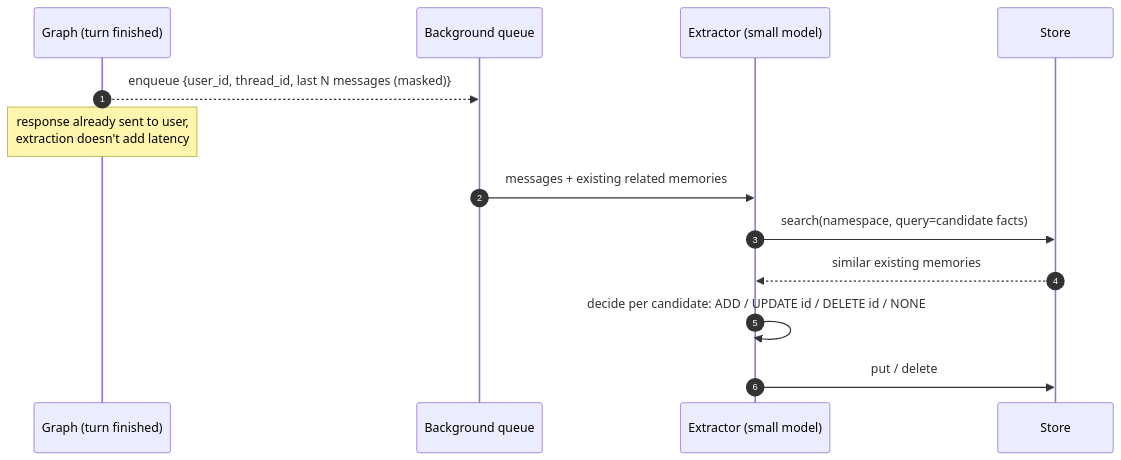
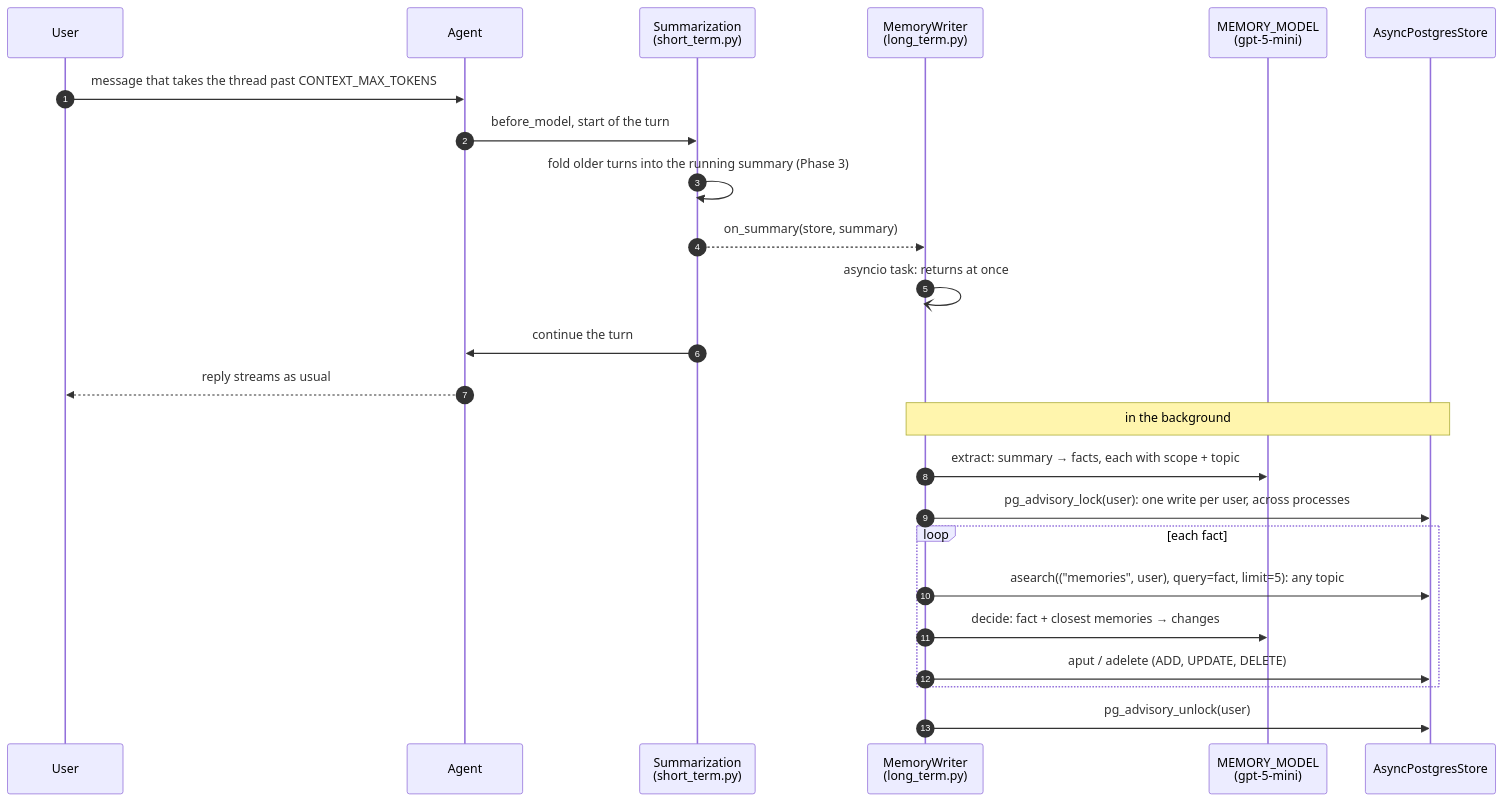
Before and after one commit to Anirudh1905/agentic-ai-chatbot: the first of 2 diagrams in docs/phase-6-long-term-memory.md, drawn with Mermaid. The commit also changed other lines of this file and 24 other files, not shown here.

````diff
--- a/docs/phase-6-long-term-memory.md
+++ b/docs/phase-6-long-term-memory.md
@@ -55,16 +22,27 @@
 ```mermaid
 sequenceDiagram
     autonumber
-    participant G as Graph (turn finished)
-    participant Q as Background queue
-    participant X as Extractor (small model)
-    participant S as Store
+    participant U as User
+    participant G as Agent
+    participant S as Summarization<br/>(short_term.py)
+    participant W as MemoryWriter<br/>(long_term.py)
+    participant M as MEMORY_MODEL<br/>(gpt-5-mini)
+    participant St as AsyncPostgresStore
 
-    G-->>Q: enqueue {user_id, thread_id, last N messages (masked)}
-    Note over G: response already sent to user,<br/>extraction doesn't add latency
-    Q->>X: messages + existing related memories
-    X->>S: search(namespace, query=candidate facts)
-    S-->>X: similar existing memories
-    X->>X: decide per candidate: ADD / UPDATE id / DELETE id / NONE
-    X->>S: put / delete
+    U->>G: message that takes the thread past CONTEXT_MAX_TOKENS
+    G->>S: before_model, start of the turn
+    S->>S: fold older turns into the running summary (Phase 3)
+    S-->>W: on_summary(store, summary)
+    W-)W: asyncio task: returns at once
+    S->>G: continue the turn
+    G-->>U: reply streams as usual
+    Note over W,St: in the background
+    W->>M: extract: summary → facts, each with scope + topic
+    W->>St: pg_advisory_lock(user): one write per user, across processes
+    loop each fact
+        W->>St: asearch(("memories", user), query=fact, limit=5): any topic
+        W->>M: decide: fact + closest memories → changes
+        W->>St: aput / adelete (ADD, UPDATE, DELETE)
+    end
+    W->>St: pg_advisory_unlock(user)
 ```
````
